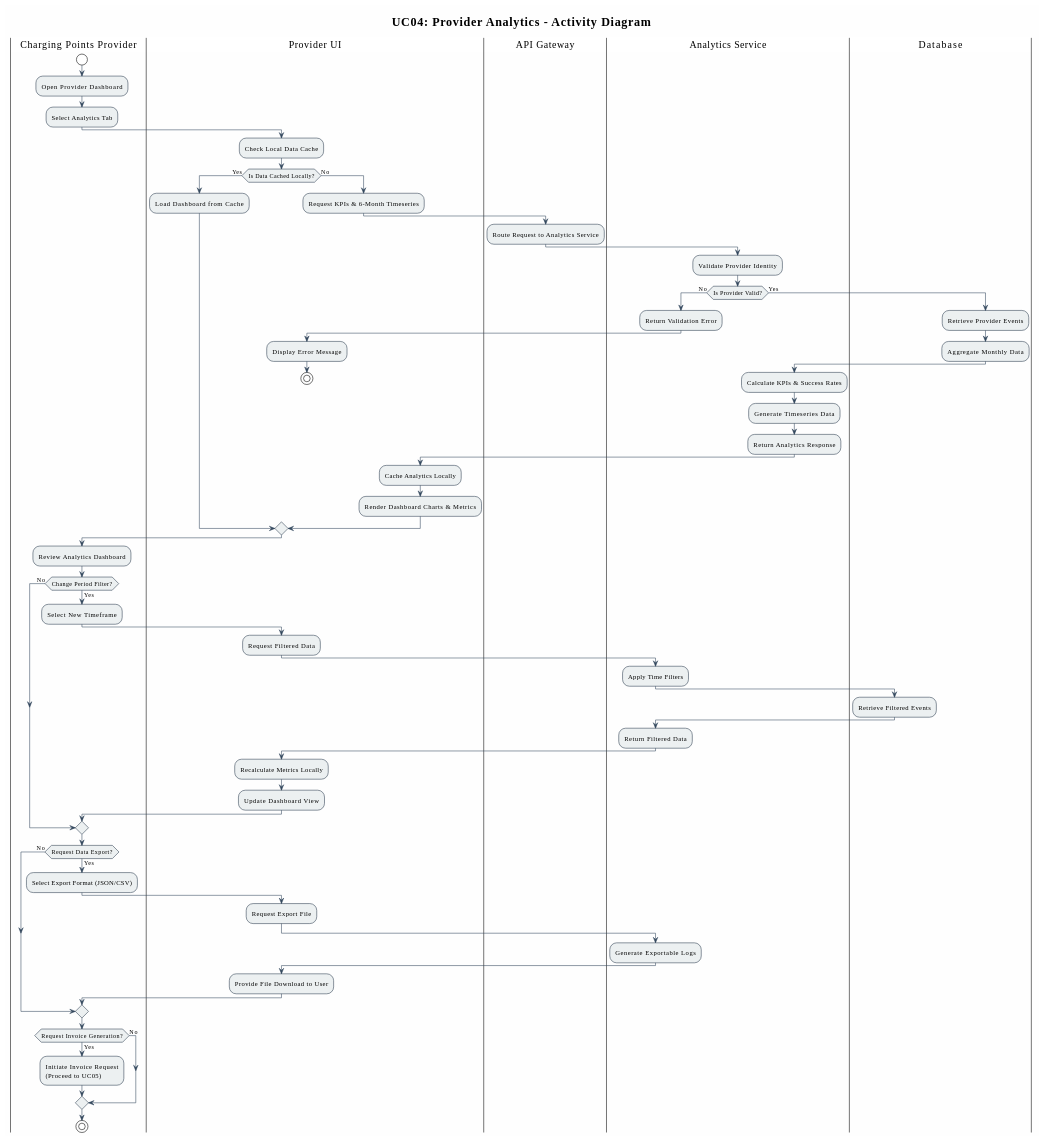
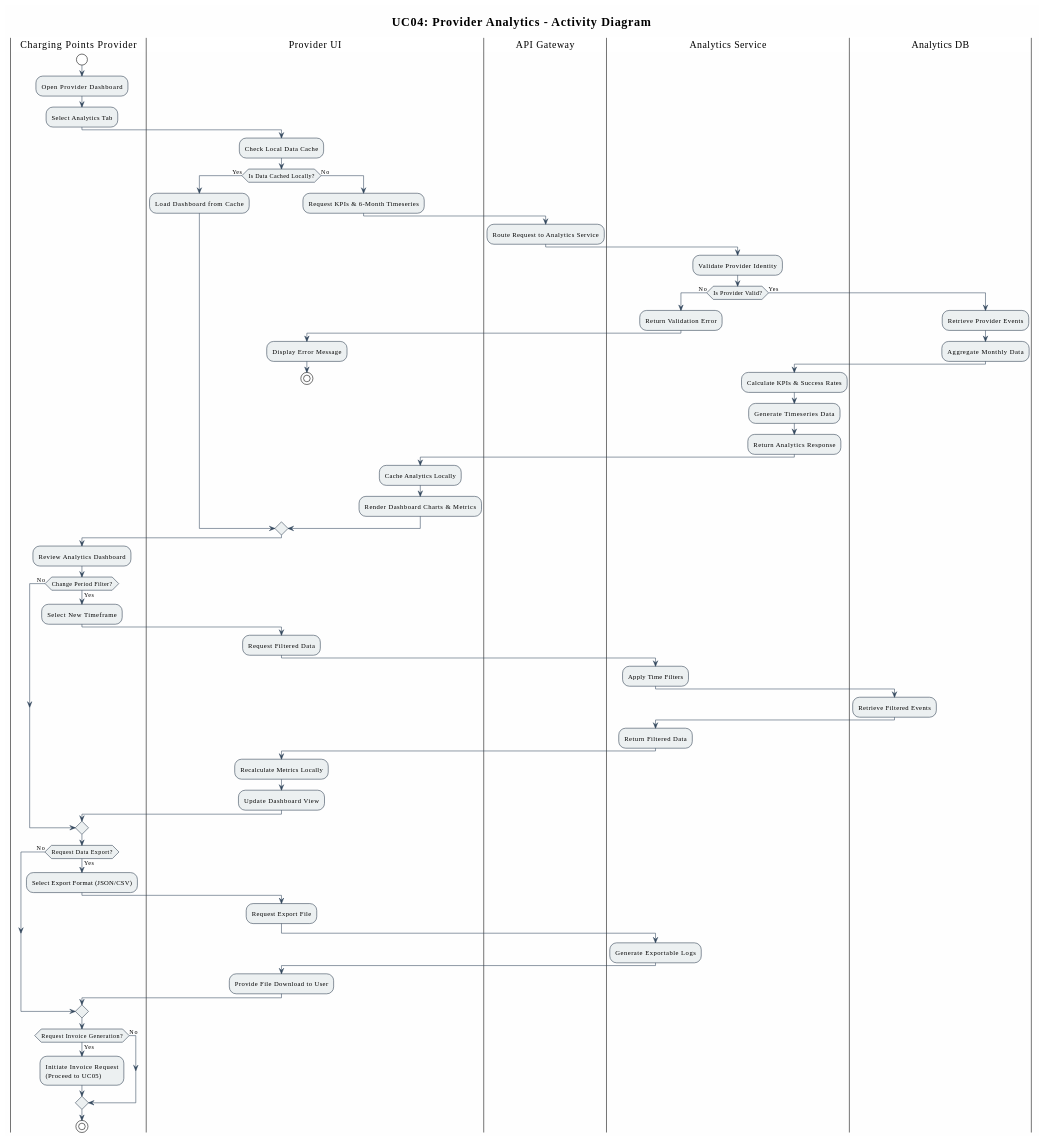
Before and after one commit to lenaamarantidi/event-driven-ev-charging-platform: the diagram in evi_diagrams/UC04_activity.md, drawn with PlantUML. The commit also changed 5 other files, not shown here.

First line of the commit message:
Align activity diagrams (UC01-UC06) with component architecture: Fix service and DB names

```diff
--- a/evi_diagrams/UC04_activity.md
+++ b/evi_diagrams/UC04_activity.md
@@ -32,7 +32,7 @@
     :Display Error Message;
     stop
   else (Yes)
-    |Database|
+    |Analytics DB|
     :Retrieve Provider Events;
     :Aggregate Monthly Data;
 
@@ -59,7 +59,7 @@
   |Analytics Service|
   :Apply Time Filters;
   
-  |Database|
+  |Analytics DB|
   :Retrieve Filtered Events;
   
   |Analytics Service|
```
